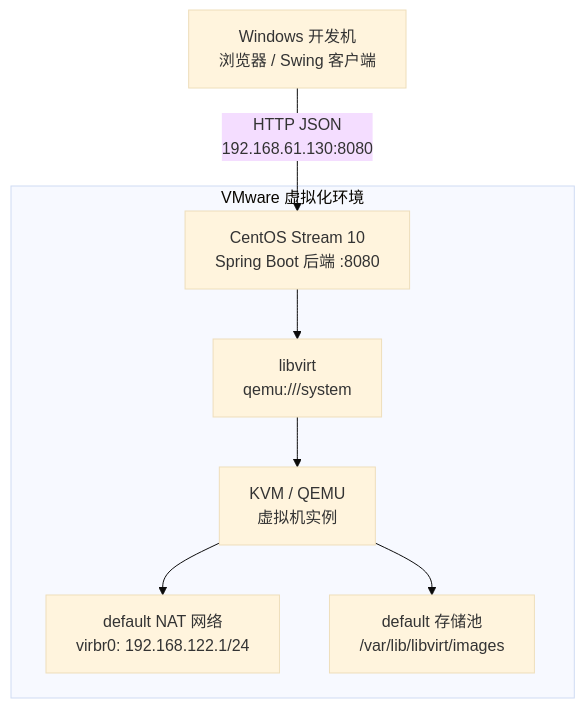
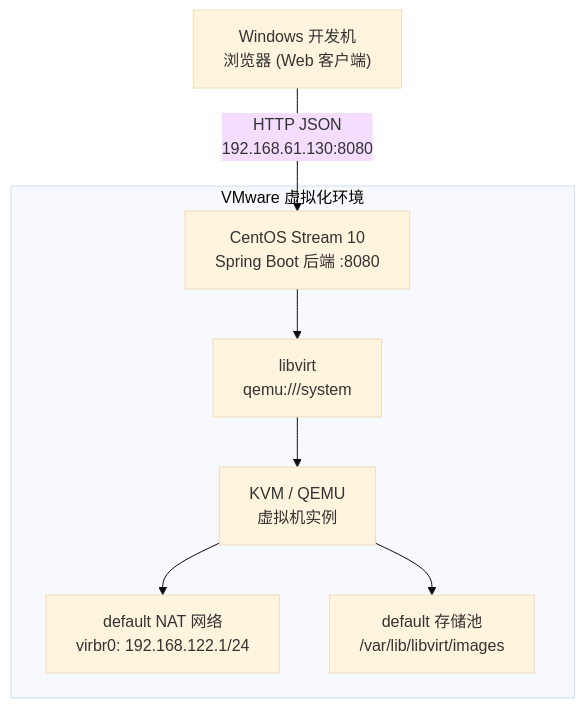
Before and after one commit to Dawn6666666/KVMCloudDesk: the first of 4 diagrams in docs/markdown/课设/报告/KVM虚拟化实践与编程课程设计报告.md, drawn with Mermaid. The commit also changed other lines of this file and 2 other files, not shown here.

````diff
--- a/docs/markdown/课设/报告/KVM虚拟化实践与编程课程设计报告.md
+++ b/docs/markdown/课设/报告/KVM虚拟化实践与编程课程设计报告.md
@@ -38,19 +38,19 @@
 ```mermaid
 %%{init: {"theme": "base"}}%%
 flowchart TB
-    Windows["Windows 开发机<br/>浏览器 / Swing 客户端"]
+    Windows["Windows 开发机<br/>浏览器 (Web 客户端)"]
 
     subgraph VMHost["VMware 虚拟化环境"]
         CentOS["CentOS Stream 10<br/>Spring Boot 后端 :8080"]
         Libvirt["libvirt<br/>qemu:///system"]
         KVM["KVM / QEMU<br/>虚拟机实例"]
         Network["default NAT 网络<br/>virbr0: 192.168.122.1/24"]
         Storage["default 存储池<br/>/var/lib/libvirt/images"]
     end
 
     Windows -->|HTTP JSON<br/>192.168.61.130:8080| CentOS
     CentOS --> Libvirt
     Libvirt --> KVM
     KVM --> Network
     KVM --> Storage
 ```
````
